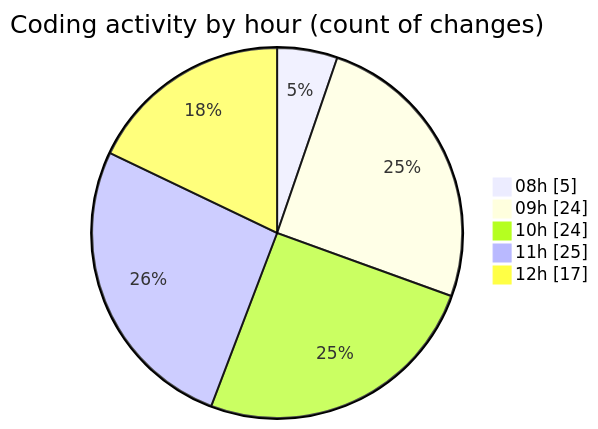
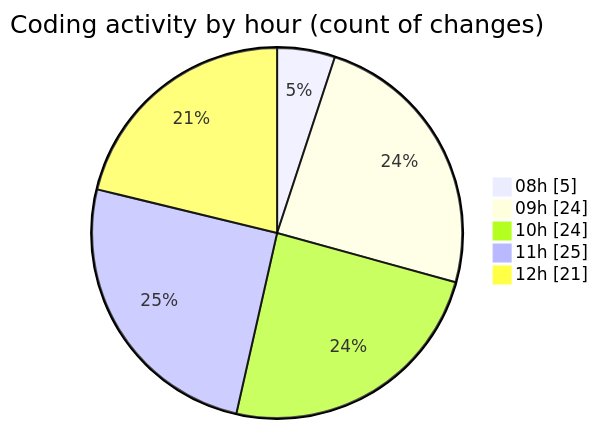
Before and after one commit to momahboobian/code-tracking: the second of 2 diagrams in 2025-11-24/cda/README.md, drawn with Mermaid. The commit also changed other lines of this file and 1 other file, not shown here.

````diff
--- a/2025-11-24/cda/README.md
+++ b/2025-11-24/cda/README.md
@@ -38,9 +38,9 @@
 ```mermaid
 pie showData
 title Coding activity by hour (count of changes)
 "08h" : 5
 "09h" : 24
 "10h" : 24
 "11h" : 25
-"12h" : 17
+"12h" : 21
 ```
````
